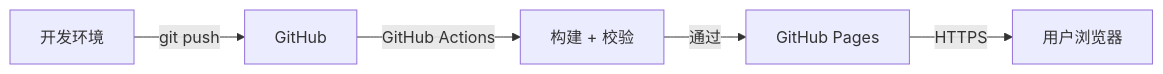
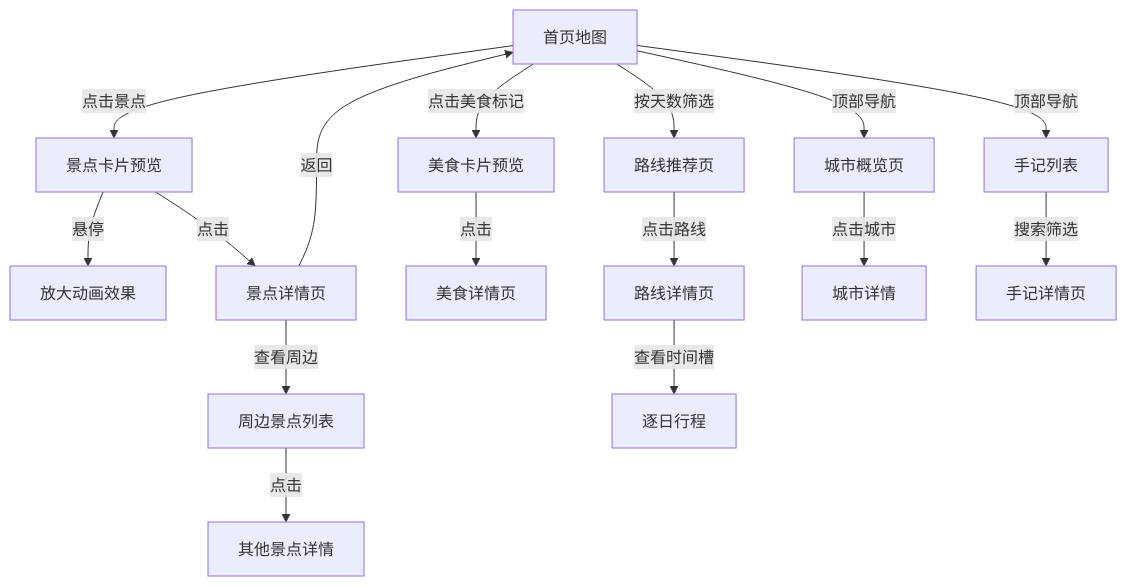
Before and after one commit to Minkelxy/ningxia-tourism: the diagram in docs/product/宁夏旅游地图技术架构.md, drawn with Mermaid. The commit also changed other lines of this file and 12 other files, not shown here.

````diff
--- a/docs/product/宁夏旅游地图技术架构.md
+++ b/docs/product/宁夏旅游地图技术架构.md
@@ -870,7 +171,22 @@
 ```mermaid
-flowchart LR
-    A[开发环境] -->|git push| B[GitHub]
-    B -->|GitHub Actions| C[构建 + 校验]
-    C -->|通过| D[GitHub Pages]
-    D -->|HTTPS| E[用户浏览器]
+flowchart TD
+    A[首页地图] -->|点击景点| B[景点卡片预览]
+    B -->|悬停| C[放大动画效果]
+    B -->|点击| D[景点详情页]
+    D -->|返回| A
+    D -->|查看周边| E[周边景点列表]
+    E -->|点击| F[其他景点详情]
+
+    A -->|点击美食标记| G[美食卡片预览]
+    G -->|点击| H[美食详情页]
+
+    A -->|按天数筛选| I[路线推荐页]
+    I -->|点击路线| J[路线详情页]
+    J -->|查看时间槽| K[逐日行程]
+
+    A -->|顶部导航| L[城市概览页]
+    L -->|点击城市| M[城市详情]
+
+    A -->|顶部导航| N[手记列表]
+    N -->|搜索筛选| O[手记详情页]
 ```
````
